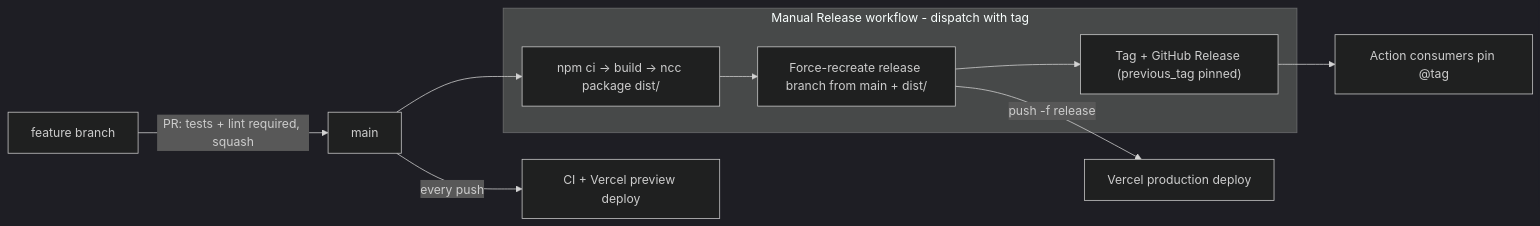
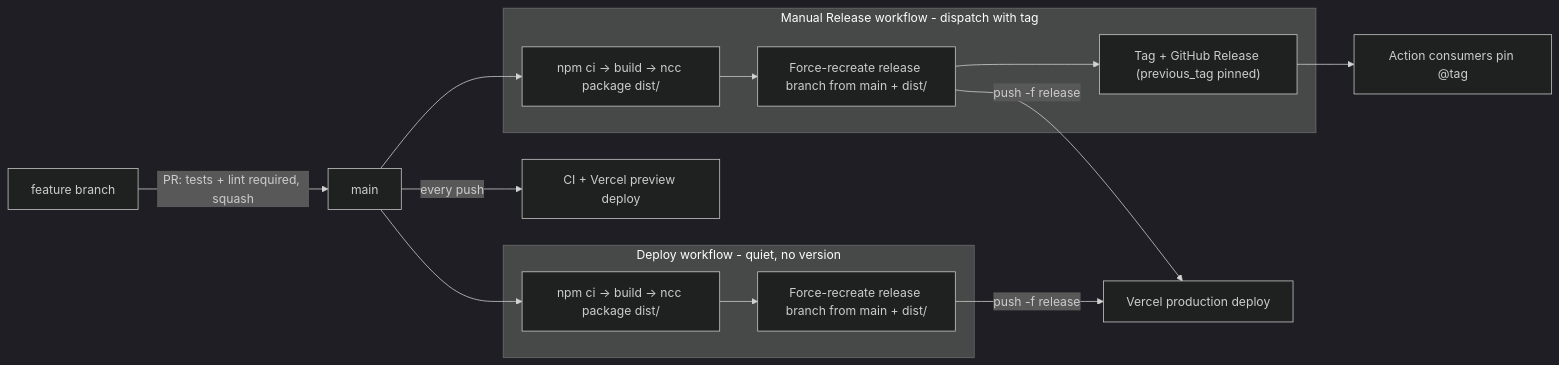
Before and after one commit to vn7n24fzkq/github-profile-summary-cards: the diagram in docs/architecture/release-pipeline.md, drawn with Mermaid (dark theme). The commit also changed other lines of this file and 3 other files, not shown here.

First line of the commit message:
perf(cache): compact commit-language payloads; add quiet-deploy workflow

````diff
--- a/docs/architecture/release-pipeline.md
+++ b/docs/architecture/release-pipeline.md
@@ -9,16 +11,24 @@
 ```mermaid
 flowchart LR
     feat[feature branch] -->|"PR: tests + lint required, squash"| main
     main -->|every push| ci[CI + Vercel preview deploy]
+
+    subgraph dw[Deploy workflow - quiet, no version]
+        dbuild["npm ci → build → ncc package dist/"]
+        drecreate["Force-recreate release branch from main + dist/"]
+        dbuild --> drecreate
+    end
 
     subgraph rw[Manual Release workflow - dispatch with tag]
         build["npm ci → build → ncc package dist/"]
         recreate["Force-recreate release branch from main + dist/"]
         tag["Tag + GitHub Release (previous_tag pinned)"]
         build --> recreate --> tag
     end
 
+    main --> dbuild
     main --> build
-    recreate -->|push -f release| vercel[Vercel production deploy]
+    drecreate -->|push -f release| vercel[Vercel production deploy]
+    recreate -->|push -f release| vercel
     tag --> consumers["Action consumers pin @tag"]
 ```
````
